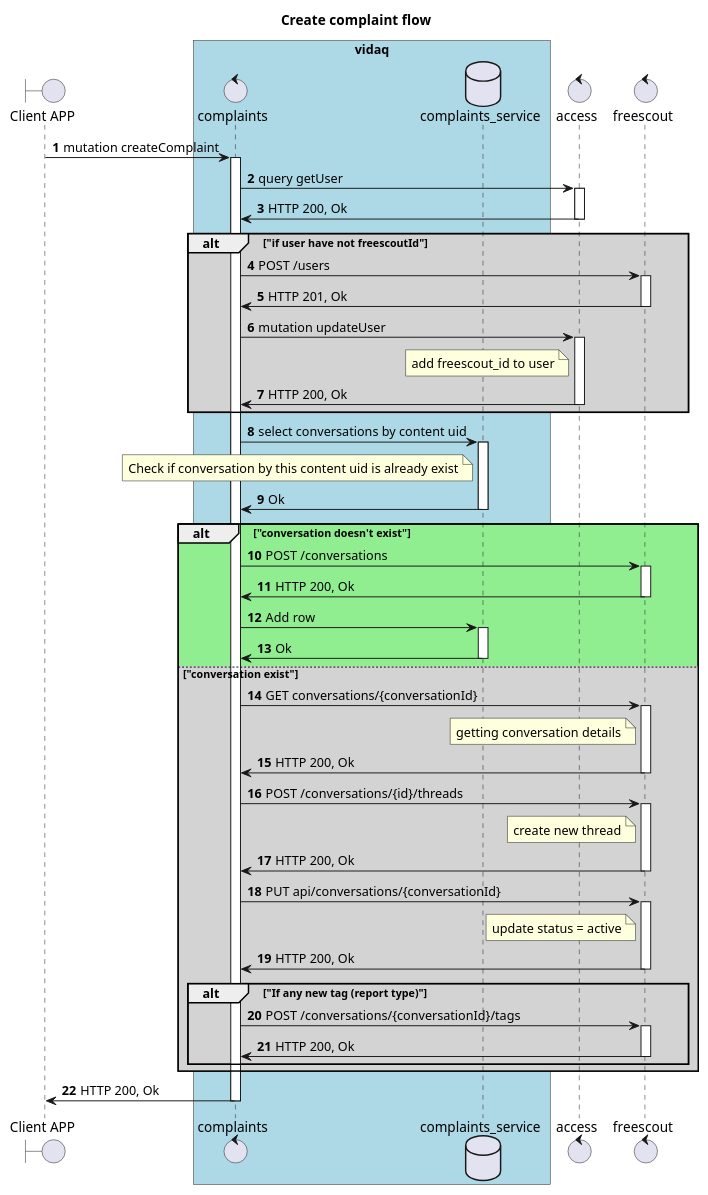
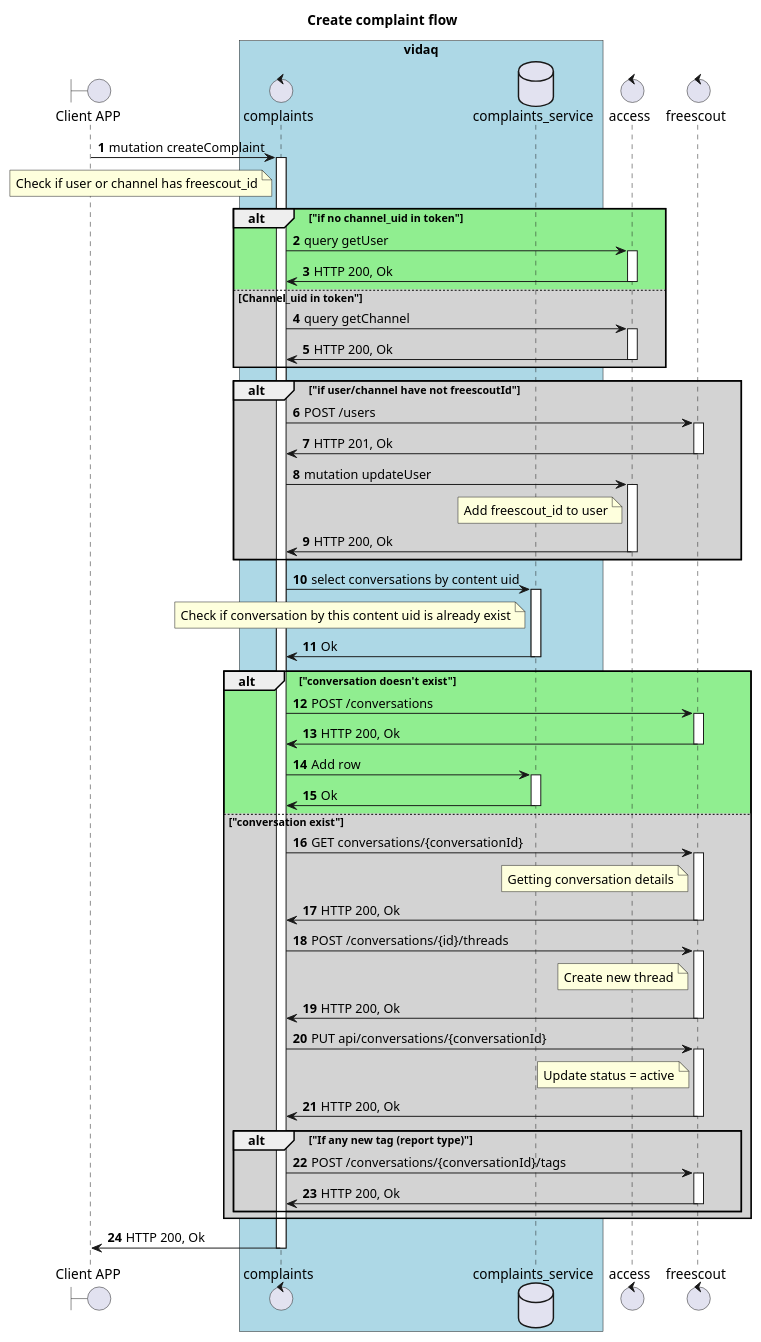
One commit to algruwork/work changed the diagram in schemas/createComplaint.puml. Above: the diagram before and after it, drawn with PlantUML.

Commit message:
create complaint flow (api) - add fixes part 3

```diff
--- a/schemas/createComplaint.puml
+++ b/schemas/createComplaint.puml
@@ -1,91 +1,101 @@
 @startuml
 
 title "Create complaint flow"
 
 
 boundary "Client APP" as GUI
 box "vidaq" #LightBlue
 control "complaints" as C
 database "complaints_service" as CS
 end box
 control "access" as A
 control "freescout" as F
 
 autonumber
 
 GUI -> C: mutation createComplaint
 activate C
+note left C
+Check if user or channel has freescout_id
+end note
+alt #LightGreen "if no channel_uid in token"
 C -> A: query getUser
 activate A
 A -> C: HTTP 200, Ok
 deactivate A
+else #LightGrey Channel_uid in token"
+C -> A: query getChannel
+activate A
+A -> C: HTTP 200, Ok
+deactivate A
+end
 
-alt #LightGrey "if user have not freescoutId"
+alt #LightGrey "if user/channel have not freescoutId"
 C -> F: POST /users
 activate F
 F -> C: HTTP 201, Ok
 deactivate F
 C -> A: mutation updateUser
 activate A
 note left A
-add freescout_id to user
+Add freescout_id to user
 end note
 A -> C: HTTP 200, Ok
 deactivate A
 end
 
 C -> CS: select conversations by content uid
 activate CS
 note left CS
 Check if conversation by this content uid is already exist
 end note
 CS -> C: Ok
 deactivate CS
 
 
 
 alt #LightGreen "conversation doesn't exist"
 C -> F: POST /conversations
 activate F
 F -> C: HTTP 200, Ok
 deactivate F
 C -> CS: Add row
 activate CS
 CS -> C: Ok
 deactivate CS
 else #LightGrey "conversation exist"
 C -> F: GET conversations/{conversationId}
 activate F
 note left F
-getting conversation details
+Getting conversation details
 end note
 F -> C: HTTP 200, Ok
 deactivate F
 C -> F: POST /conversations/{id}/threads
 activate F
 note left F
-create new thread
+Create new thread
 end note
 F -> C: HTTP 200, Ok
 deactivate F
 
 C -> F: PUT api/conversations/{conversationId}
 activate F
 note left F
-update status = active
+Update status = active
 end note
 F -> C: HTTP 200, Ok
 deactivate F
 
 alt "If any new tag (report type)"
 C -> F: POST /conversations/{conversationId}/tags
 activate F
 F -> C: HTTP 200, Ok
 deactivate F
 end
 end
 
 C -> GUI: HTTP 200, Ok
 deactivate C
 
 @enduml
```
